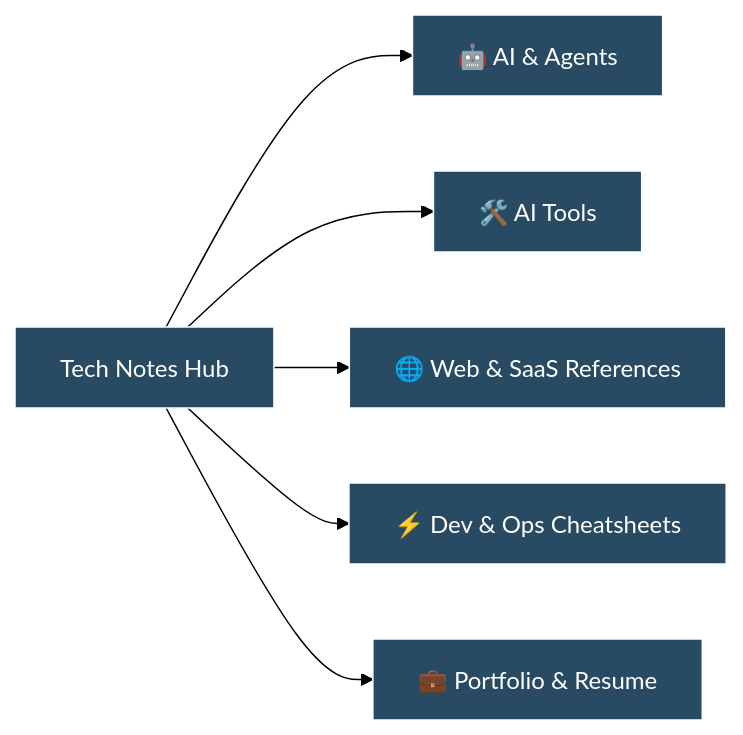
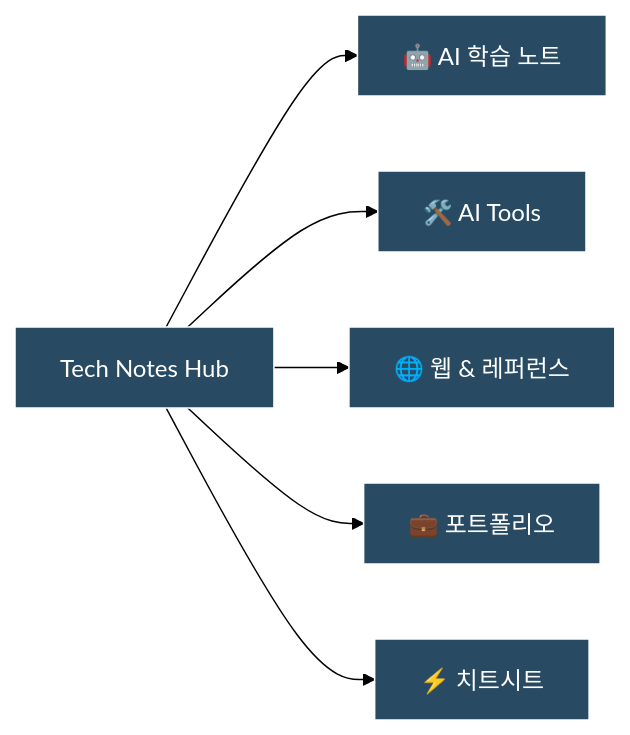
The diagram in content/index.md (l-yoon/archive), drawn with Mermaid (forest theme) before and after one commit. The commit also changed other lines of this file and 17 other files, not shown here.

````diff
--- a/content/index.md
+++ b/content/index.md
@@ -12,11 +12,11 @@
 ```mermaid
 graph LR
-    Index[Tech Notes Hub] --> AI[🤖 AI & Agents]
+    Index[Tech Notes Hub] --> AI[🤖 AI 학습 노트]
     Index --> Tools[🛠️ AI Tools]
-    Index --> Ref[🌐 Web & SaaS References]
-    Index --> Cheat[⚡ Dev & Ops Cheatsheets]
-    Index --> Port[💼 Portfolio & Resume]
+    Index --> Ref[🌐 웹 & 레퍼런스]
+    Index --> Port[💼 포트폴리오]
+    Index --> Cheat[⚡ 치트시트]
 
     classDef core fill:#284b63,stroke:#fff,stroke-width:1px,color:#fff;
-    class Index,AI,Tools,Ref,Cheat,Port core;
+    class Index,AI,Tools,Ref,Port,Cheat core;
 ```
````
